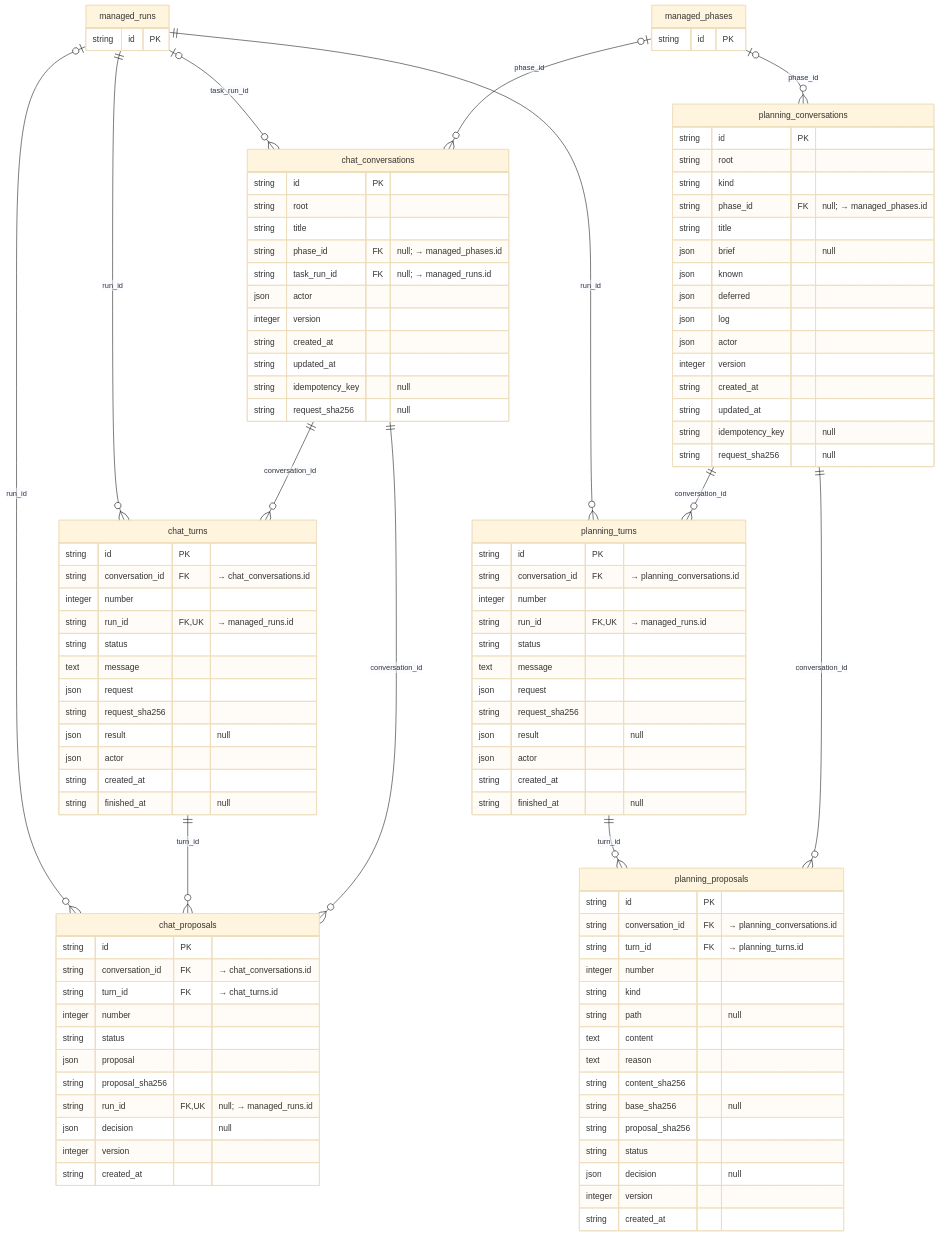
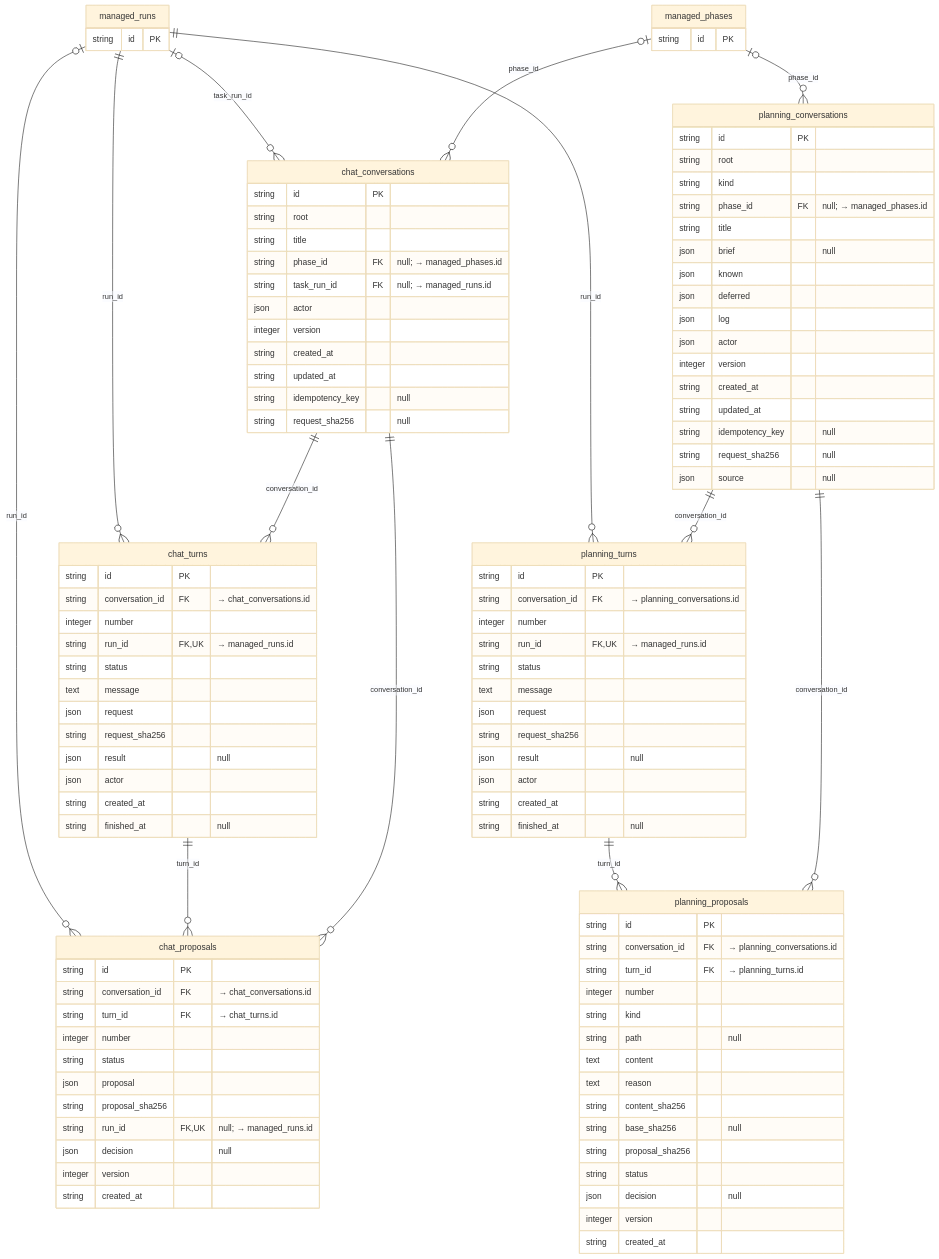
One commit to AcostaDDev/my-harness-archive changed the fifth of 6 diagrams in docs/DDBB-DIAGRAM.md. Above: the diagram before and after it, drawn with Mermaid (base theme). The commit also changed other lines of this file and 28 other files, not shown here.

First line of the commit message:
feat: Flow A reviewer import conversation with private drafts (D098, P008-T011)

```diff
--- a/docs/DDBB-DIAGRAM.md
+++ b/docs/DDBB-DIAGRAM.md
@@ -395,6 +397,7 @@
         string updated_at
         string idempotency_key "null"
         string request_sha256 "null"
+        json source "null"
     }
     planning_turns {
         string id PK
```
